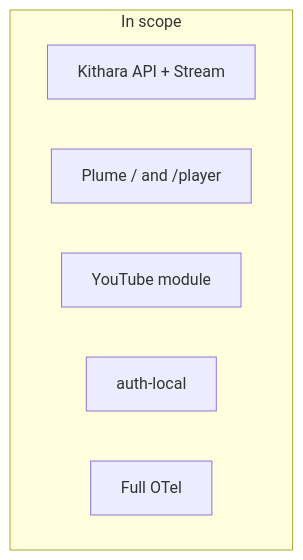
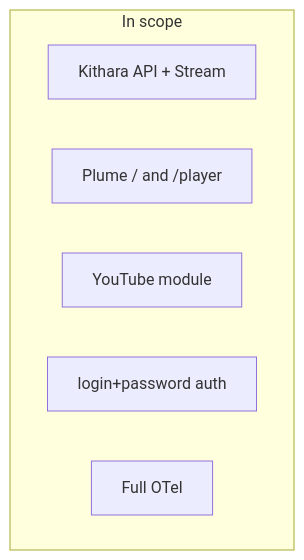
Before and after one commit to Bardie-radio/bardie-kithara: the diagram in docs/architecture/mvp/v0.1-scope.md, drawn with Mermaid. The commit also changed other lines of this file and 31 other files, not shown here.

````diff
--- a/docs/architecture/mvp/v0.1-scope.md
+++ b/docs/architecture/mvp/v0.1-scope.md
@@ -3,10 +3,10 @@
 ```mermaid
 flowchart TB
   subgraph in_scope [In scope]
     K[Kithara API + Stream]
     P[Plume / and /player]
     YT[YouTube module]
-    AL[auth-local]
+    AL[login+password auth]
     OTel[Full OTel]
   end
 ```
````
